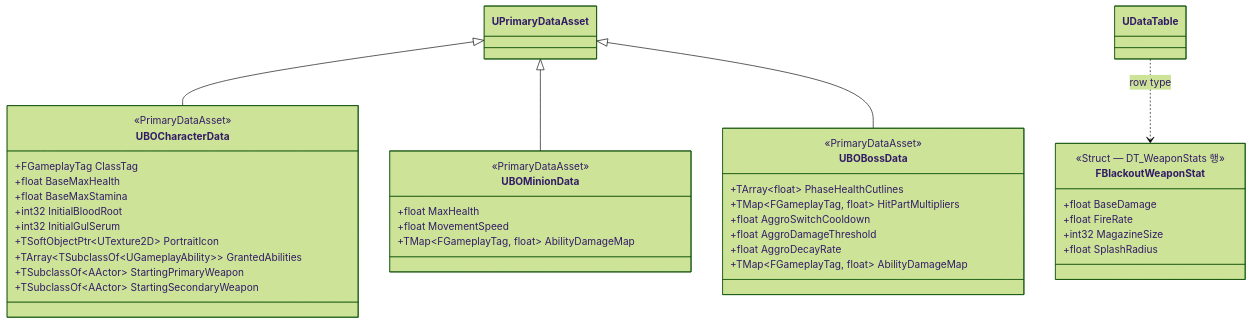
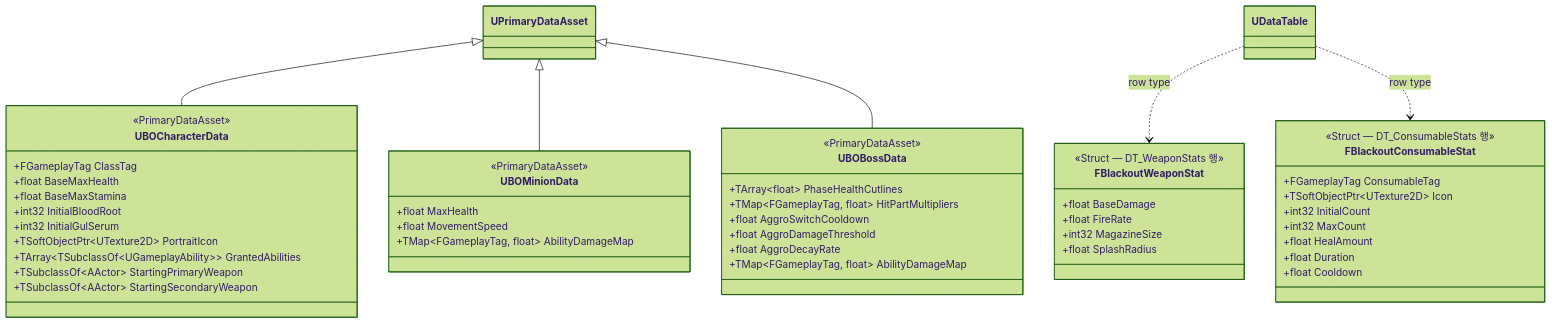
Before and after one commit to seongwon1579/ProjectBlackout: the diagram in Docs/Foundation/06_Data_Assets.md, drawn with Mermaid (forest theme). The commit also changed other lines of this file and 4 other files, not shown here.

````diff
--- a/Docs/Foundation/06_Data_Assets.md
+++ b/Docs/Foundation/06_Data_Assets.md
@@ -6,47 +6,59 @@
 ```mermaid
 classDiagram
     direction TB
 
     UPrimaryDataAsset <|-- UBOCharacterData
     UPrimaryDataAsset <|-- UBOMinionData
     UPrimaryDataAsset <|-- UBOBossData
     UDataTable ..> FBlackoutWeaponStat : row type
+    UDataTable ..> FBlackoutConsumableStat : row type
 
     class UBOCharacterData {
         <<PrimaryDataAsset>>
         +FGameplayTag ClassTag
         +float BaseMaxHealth
         +float BaseMaxStamina
         +int32 InitialBloodRoot
         +int32 InitialGulSerum
         +TSoftObjectPtr~UTexture2D~ PortraitIcon
         +TArray~TSubclassOf~UGameplayAbility~~ GrantedAbilities
         +TSubclassOf~AActor~ StartingPrimaryWeapon
         +TSubclassOf~AActor~ StartingSecondaryWeapon
     }
 
     class UBOMinionData {
         <<PrimaryDataAsset>>
         +float MaxHealth
         +float MovementSpeed
         +TMap~FGameplayTag, float~ AbilityDamageMap
     }
 
     class UBOBossData {
         <<PrimaryDataAsset>>
         +TArray~float~ PhaseHealthCutlines
         +TMap~FGameplayTag, float~ HitPartMultipliers
         +float AggroSwitchCooldown
         +float AggroDamageThreshold
         +float AggroDecayRate
         +TMap~FGameplayTag, float~ AbilityDamageMap
     }
 
     class FBlackoutWeaponStat {
         <<Struct — DT_WeaponStats 행>>
         +float BaseDamage
         +float FireRate
         +int32 MagazineSize
         +float SplashRadius
     }
+
+    class FBlackoutConsumableStat {
+        <<Struct — DT_ConsumableStats 행>>
+        +FGameplayTag ConsumableTag
+        +TSoftObjectPtr~UTexture2D~ Icon
+        +int32 InitialCount
+        +int32 MaxCount
+        +float HealAmount
+        +float Duration
+        +float Cooldown
+    }
 ```
````
